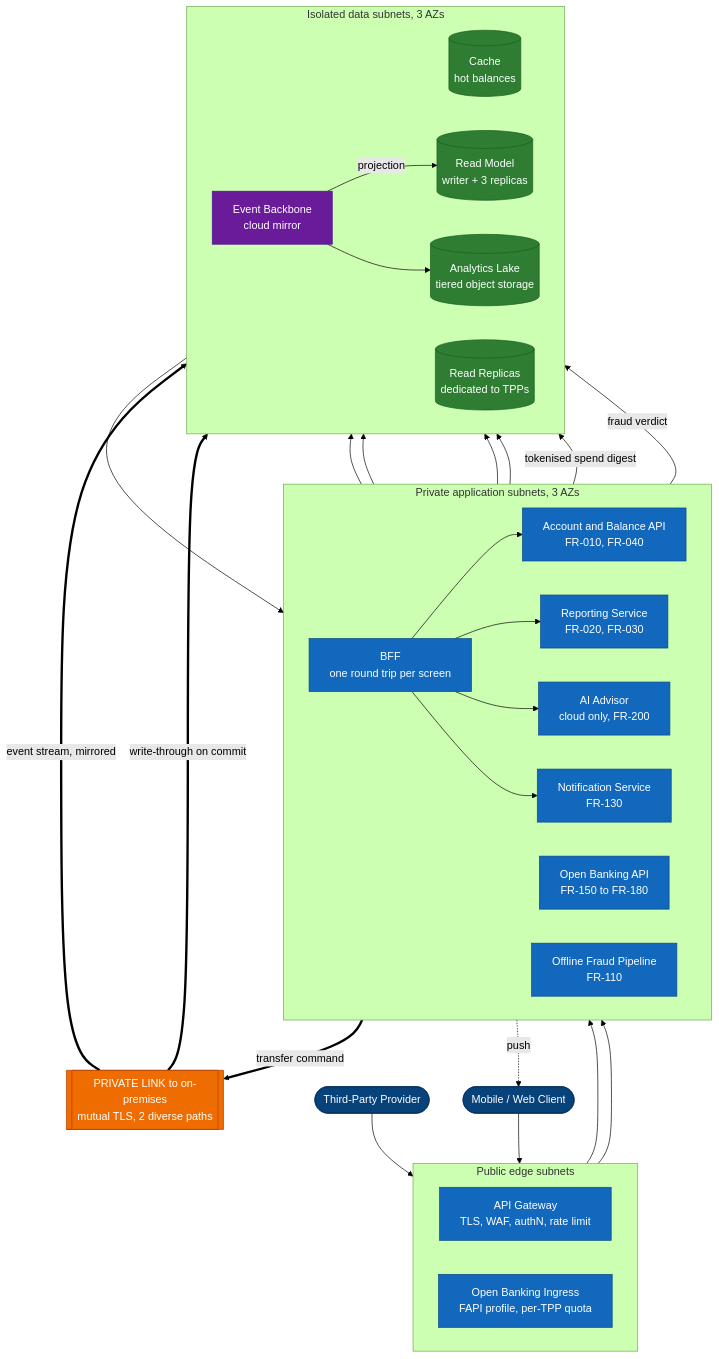
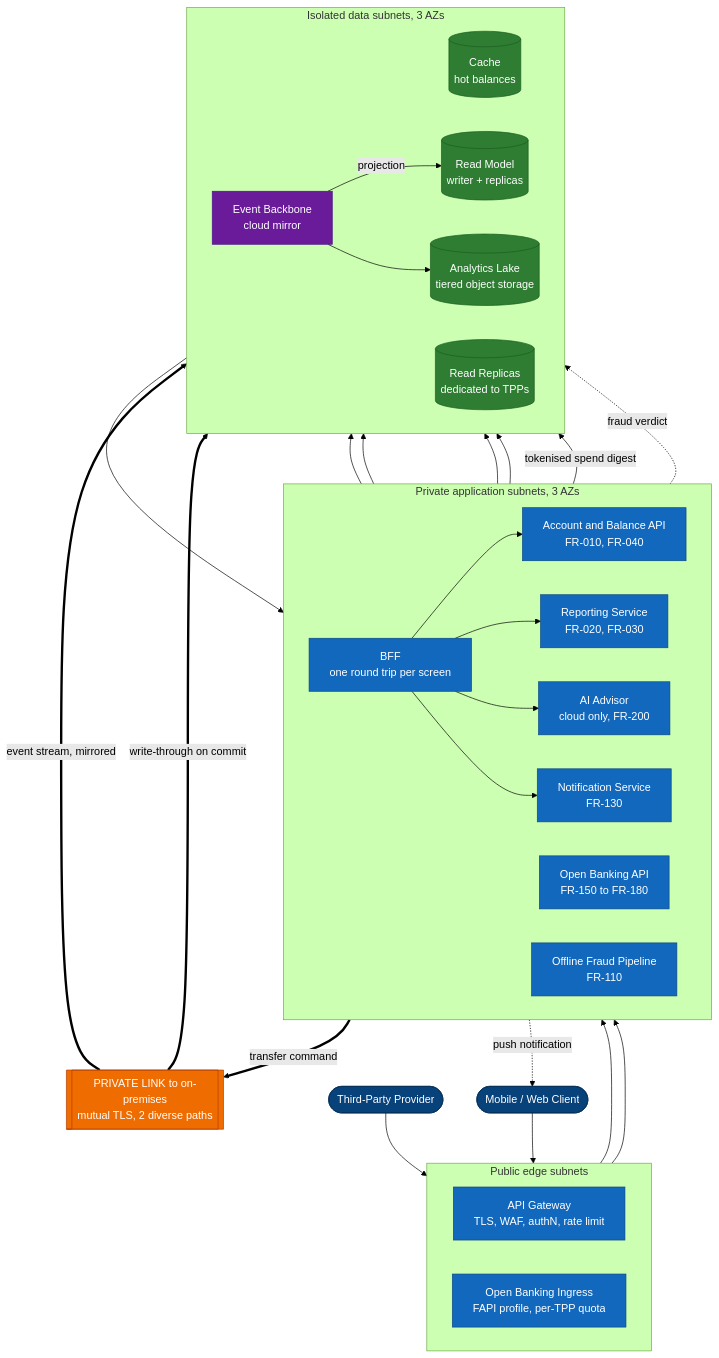
One commit to sunnydubey1111/neobank-digital-leap changed the fourth of 15 diagrams in docs/solution/diagrams.md. Above: the diagram before and after it, drawn with Mermaid (forest theme). The commit also changed other lines of this file and 7 other files, not shown here.

````diff
--- a/docs/solution/diagrams.md
+++ b/docs/solution/diagrams.md
@@ -62,62 +169,62 @@
 ```mermaid
 flowchart TB
     app(["Mobile / Web Client"]):::person
     tpp(["Third-Party Provider"]):::person
 
     subgraph edge["Public edge subnets"]
         direction LR
         gw["API Gateway<br/>TLS, WAF, authN, rate limit"]:::svc
         obgw["Open Banking Ingress<br/>FAPI profile, per-TPP quota"]:::svc
     end
 
     subgraph appt["Private application subnets, 3 AZs"]
         direction LR
         bff["BFF<br/>one round trip per screen"]:::svc
         acct["Account and Balance API<br/>FR-010, FR-040"]:::svc
         rep["Reporting Service<br/>FR-020, FR-030"]:::svc
         ob["Open Banking API<br/>FR-150 to FR-180"]:::svc
         notif["Notification Service<br/>FR-130"]:::svc
         advisor["AI Advisor<br/>cloud only, FR-200"]:::svc
         offf["Offline Fraud Pipeline<br/>FR-110"]:::svc
     end
 
     subgraph datat["Isolated data subnets, 3 AZs"]
         direction LR
         cache[("Cache<br/>hot balances")]:::store
-        rm[("Read Model<br/>writer + 3 replicas")]:::store
+        rm[("Read Model<br/>writer + replicas")]:::store
         obrm[("Read Replicas<br/>dedicated to TPPs")]:::store
         mirror["Event Backbone<br/>cloud mirror"]:::bus
         lake[("Analytics Lake<br/>tiered object storage")]:::store
     end
 
-    link[["PRIVATE LINK to on-premises<br/>mutual TLS, 2 diverse paths"]]:::link
+    link[["PRIVATE LINK to on-premises<br/>mutual TLS, 2 diverse paths"]]:::boundary
 
     app --> gw
     tpp --> obgw
     gw --> bff
     obgw --> ob
     bff --> acct
     bff --> rep
     bff --> advisor
     bff --> notif
     acct --> cache
     acct --> rm
     rep --> rm
     ob --> obrm
     advisor -->|tokenised spend digest| lake
     mirror -->|projection| rm
     mirror --> lake
     mirror --> offf
-    offf -->|fraud verdict| mirror
+    offf -.->|fraud verdict| mirror
 
     bff ==>|transfer command| link
     link ==>|event stream, mirrored| mirror
     link ==>|write-through on commit| cache
-    notif -.->|push| app
+    notif -.->|push notification| app
 
     classDef person fill:#08427b,stroke:#052e56,color:#fff
     classDef svc fill:#1168bd,stroke:#0b4884,color:#fff
     classDef store fill:#2e7d32,stroke:#1b5e20,color:#fff
     classDef bus fill:#6a1b9a,stroke:#4a148c,color:#fff
-    classDef link fill:#ef6c00,stroke:#b53d00,color:#fff
+    classDef boundary fill:#ef6c00,stroke:#b53d00,color:#fff
 ```
````
